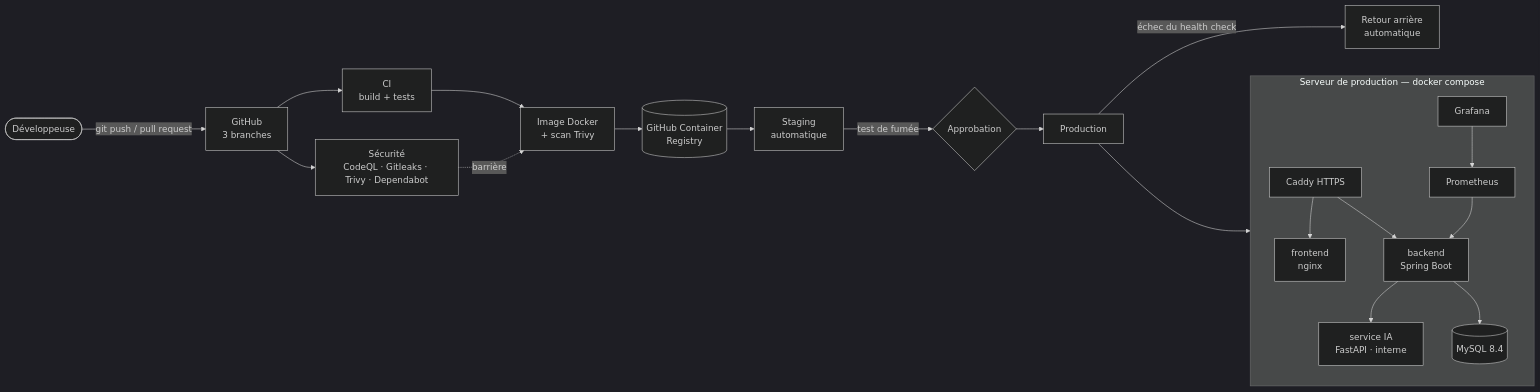
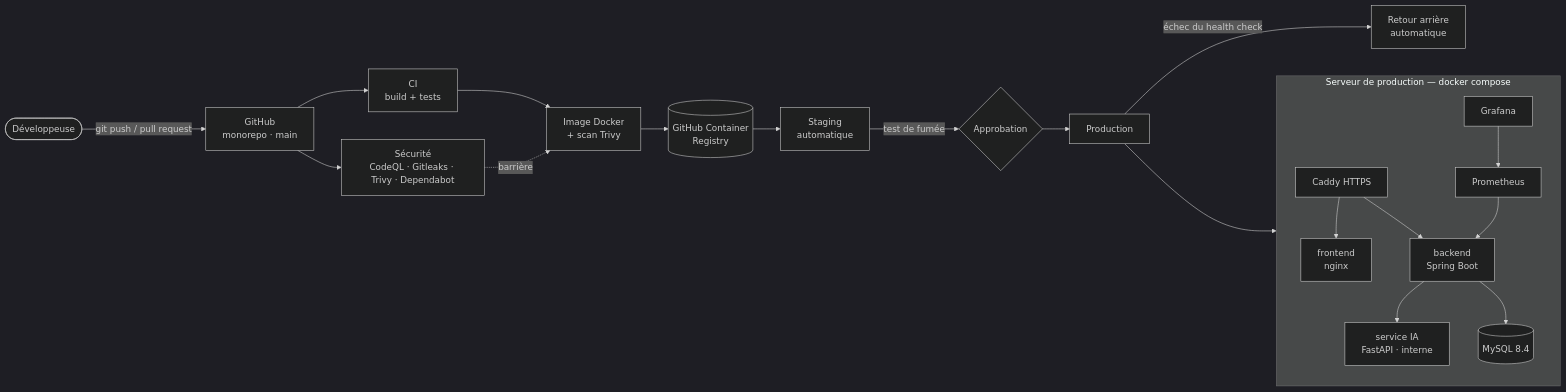
The diagram in deploy/README.md (riahichaima/LMS), drawn with Mermaid (dark theme) before and after one commit. The commit also changed other lines of this file and 2 other files, not shown here.

Commit message:
Déploiement : Dependabot par dossier, build Docker local et documentation adaptés au monorepo

````diff
--- a/deploy/README.md
+++ b/deploy/README.md
@@ -9,23 +9,23 @@
 ```mermaid
 flowchart LR
-    dev([Développeuse]) -->|git push / pull request| gh[GitHub<br/>3 branches]
+    dev([Développeuse]) -->|git push / pull request| gh[GitHub<br/>monorepo · main]
     gh --> ci[CI<br/>build + tests]
     gh --> sec[Sécurité<br/>CodeQL · Gitleaks · Trivy · Dependabot]
     ci --> img[Image Docker<br/>+ scan Trivy]
     sec -. barrière .-> img
     img --> ghcr[(GitHub Container<br/>Registry)]
     ghcr --> stg[Staging<br/>automatique]
     stg -->|test de fumée| appr{Approbation}
     appr --> prod[Production]
     prod -->|échec du health check| rb[Retour arrière<br/>automatique]
 
     subgraph Serveur [Serveur de production — docker compose]
         caddy[Caddy HTTPS] --> front[frontend<br/>nginx]
         caddy --> back[backend<br/>Spring Boot]
         back --> ai[service IA<br/>FastAPI · interne]
         back --> db[(MySQL 8.4)]
         prom[Prometheus] --> back
         graf[Grafana] --> prom
     end
     prod --> Serveur
 ```
````
